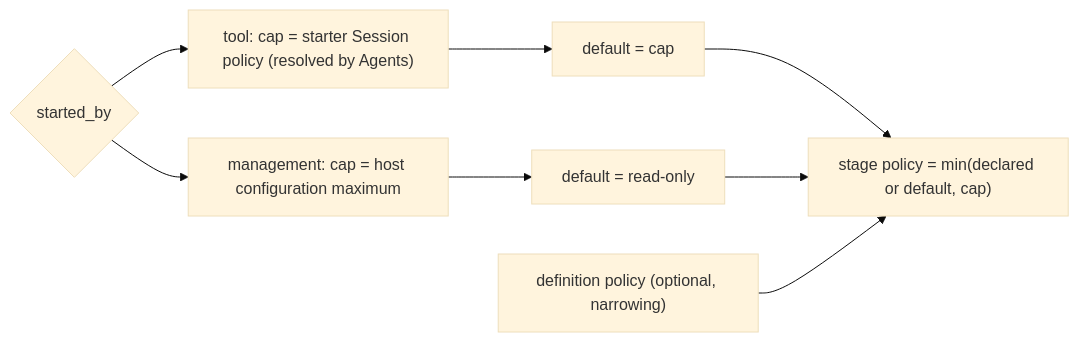
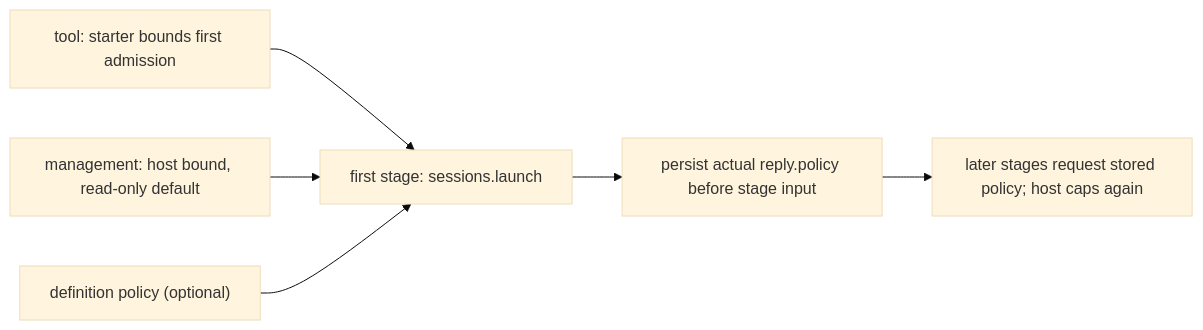
The fifth of 6 diagrams in docs/design/plugins/Workflow.md (CoutinhoTTS/dim-agent), drawn with Mermaid (base theme) before and after one commit. The commit also changed other lines of this file and 1 other file, not shown here.

Commit message:
docs(workflow): use existing stage admission and service contracts

````diff
--- a/docs/design/plugins/Workflow.md
+++ b/docs/design/plugins/Workflow.md
@@ -143,13 +158,13 @@
 ```mermaid
 flowchart LR
-  Start{"started_by"}
-  ToolStart["tool: cap = starter Session policy (resolved by Agents)"]
-  MgmtStart["management: cap = host configuration maximum"]
-  D1["default = cap"]
-  D2["default = read-only"]
-  Decl["definition policy (optional, narrowing)"]
-  Eff["stage policy = min(declared or default, cap)"]
-  Start --> ToolStart --> D1 --> Eff
-  Start --> MgmtStart --> D2 --> Eff
-  Decl --> Eff
+  ToolStart["tool: starter bounds first admission"]
+  MgmtStart["management: host bound, read-only default"]
+  Decl["definition policy (optional)"]
+  First["first stage: sessions.launch"]
+  Cap["persist actual reply.policy before stage input"]
+  Later["later stages request stored policy; host caps again"]
+  ToolStart --> First
+  MgmtStart --> First
+  Decl --> First
+  First --> Cap --> Later
 ```
````
